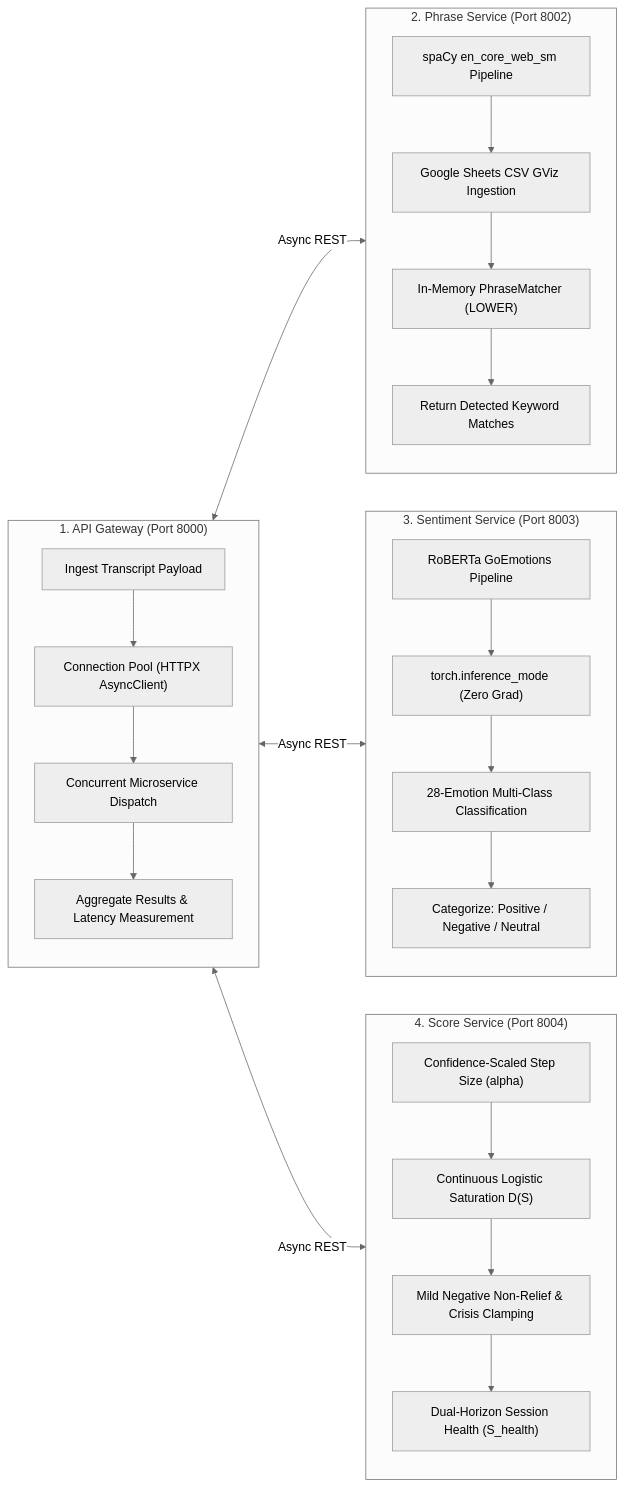
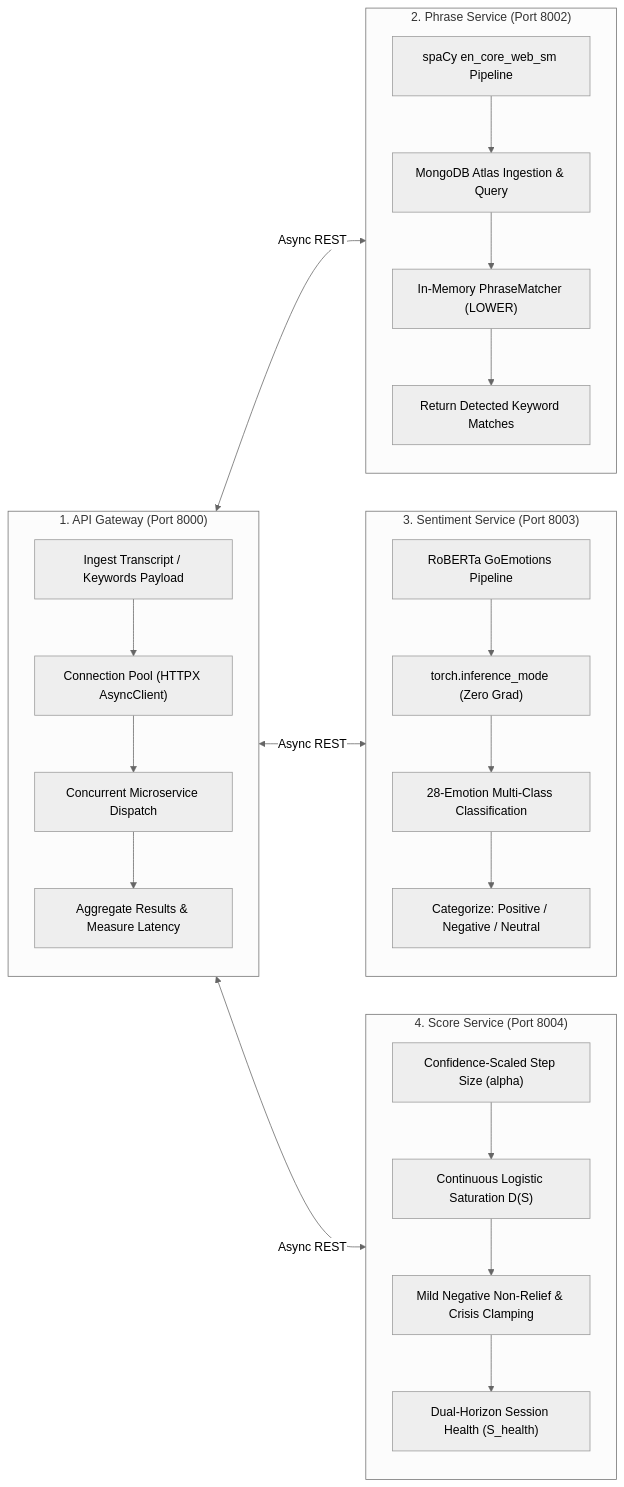
The second of 6 diagrams in architecture.md (Thejandeera/live-call-sentiment), drawn with Mermaid (neutral theme) before and after one commit. The commit also changed other lines of this file and 6 other files, not shown here.

Commit message:
feat: migrate keyword management from Google Sheets to MongoDB Atlas and implement service-phrase API endpoints

````diff
--- a/architecture.md
+++ b/architecture.md
@@ -57,34 +59,34 @@
 ```mermaid
 flowchart LR
     subgraph S1["1. API Gateway (Port 8000)"]
         direction TB
-        G1["Ingest Transcript Payload"] --> G2["Connection Pool (HTTPX AsyncClient)"]
+        G1["Ingest Transcript / Keywords Payload"] --> G2["Connection Pool (HTTPX AsyncClient)"]
         G2 --> G3["Concurrent Microservice Dispatch"]
-        G3 --> G4["Aggregate Results & Latency Measurement"]
+        G3 --> G4["Aggregate Results & Measure Latency"]
     end
 
     subgraph S2["2. Phrase Service (Port 8002)"]
         direction TB
-        P1["spaCy en_core_web_sm Pipeline"] --> P2["Google Sheets CSV GViz Ingestion"]
+        P1["spaCy en_core_web_sm Pipeline"] --> P2["MongoDB Atlas Ingestion & Query"]
         P2 --> P3["In-Memory PhraseMatcher (LOWER)"]
         P3 --> P4["Return Detected Keyword Matches"]
     end
 
     subgraph S3["3. Sentiment Service (Port 8003)"]
         direction TB
         T1["RoBERTa GoEmotions Pipeline"] --> T2["torch.inference_mode (Zero Grad)"]
         T2 --> T3["28-Emotion Multi-Class Classification"]
         T3 --> T4["Categorize: Positive / Negative / Neutral"]
     end
 
     subgraph S4["4. Score Service (Port 8004)"]
         direction TB
         C1["Confidence-Scaled Step Size (alpha)"] --> C2["Continuous Logistic Saturation D(S)"]
         C2 --> C3["Mild Negative Non-Relief & Crisis Clamping"]
         C3 --> C4["Dual-Horizon Session Health (S_health)"]
     end
 
     S1 <-->|Async REST| S2
     S1 <-->|Async REST| S3
     S1 <-->|Async REST| S4
 ```
````
